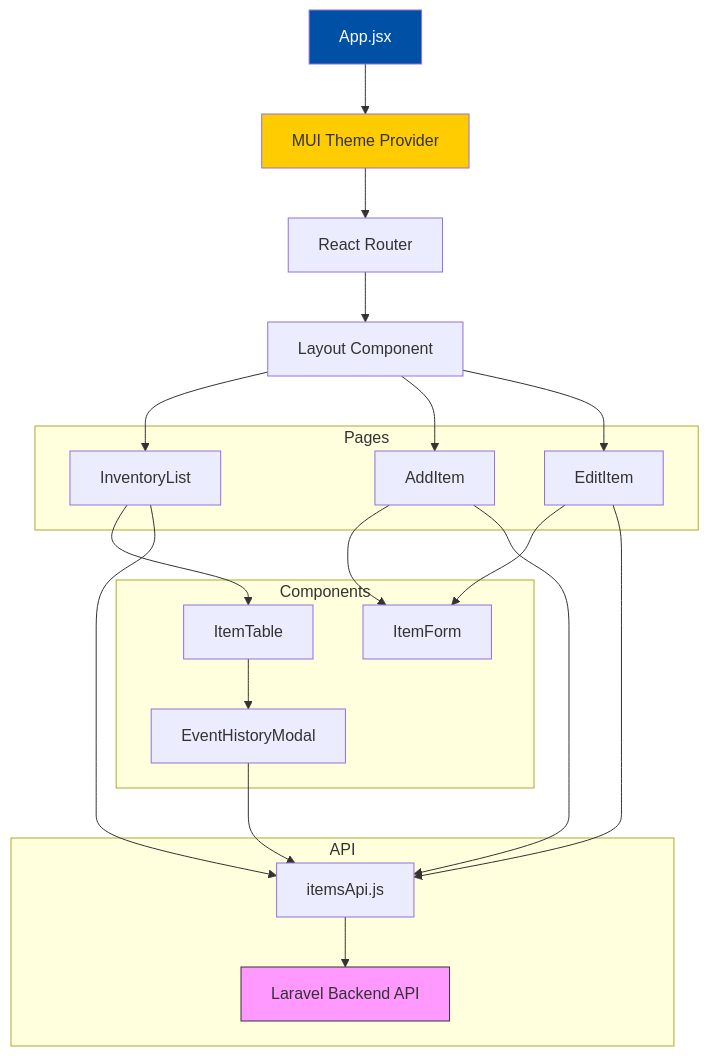
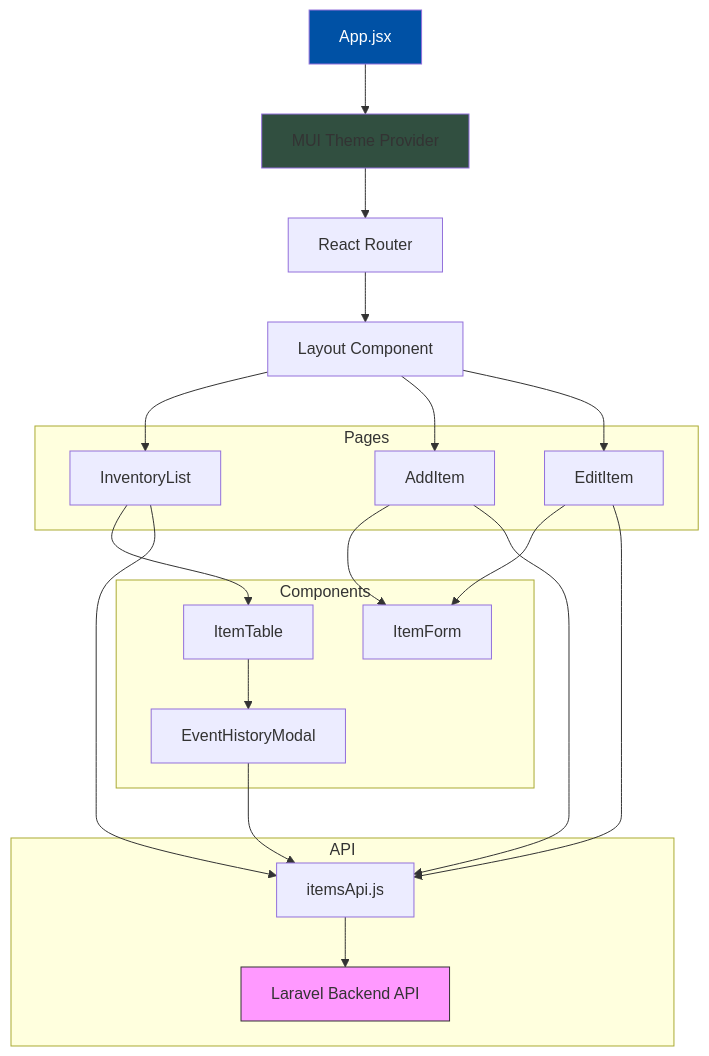
The first of 3 diagrams in README.md (mkhairul/rbc-frontend), drawn with Mermaid before and after one commit.

Commit message:
background color too bright

````diff
--- a/README.md
+++ b/README.md
@@ -23,46 +23,46 @@
 ```mermaid
 graph TB
     App[App.jsx]
     Router[React Router]
     Theme[MUI Theme Provider]
     Layout[Layout Component]
     
     subgraph Pages
         Inventory[InventoryList]
         AddItem[AddItem]
         EditItem[EditItem]
     end
     
     subgraph Components
         ItemTable[ItemTable]
         ItemForm[ItemForm]
         EventModal[EventHistoryModal]
     end
     
     subgraph API
         ItemsAPI[itemsApi.js]
         Backend[Laravel Backend API]
     end
     
     App --> Theme
     Theme --> Router
     Router --> Layout
     Layout --> Inventory
     Layout --> AddItem
     Layout --> EditItem
     
     Inventory --> ItemTable
     AddItem --> ItemForm
     EditItem --> ItemForm
     ItemTable --> EventModal
     
     Inventory --> ItemsAPI
     AddItem --> ItemsAPI
     EditItem --> ItemsAPI
     EventModal --> ItemsAPI
     ItemsAPI --> Backend
     
     style App fill:#0051A5,color:#fff
-    style Theme fill:#FECC00
+    style Theme fill:#314F40 
     style Backend fill:#f9f,stroke:#333
 ```
````
